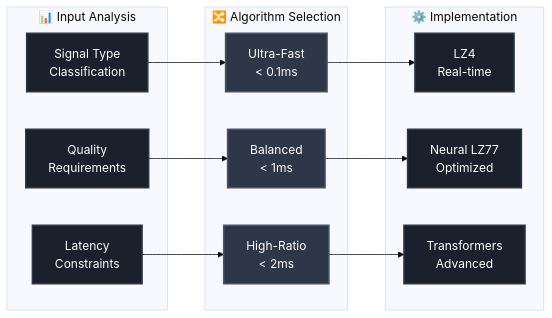
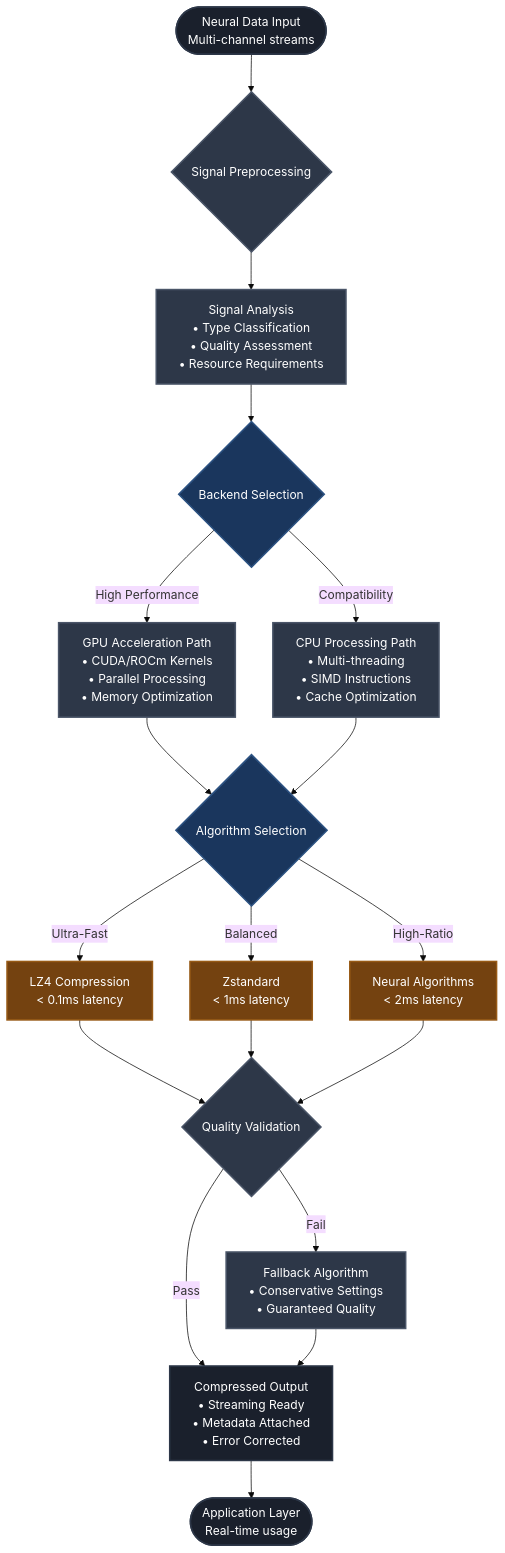
One commit to hkevin01/brain-computer-compression changed the fourth of 12 diagrams in README.md. Above: the diagram before and after it, drawn with Mermaid (base theme). The commit also changed other lines of this file and 73 other files, not shown here.

````diff
--- a/README.md
+++ b/README.md
@@ -108,40 +204,39 @@
 ```mermaid
-graph LR
-    subgraph "📊 Input Analysis"
-        style I1 fill:#1a202c,stroke:#2d3748,stroke-width:2px,color:#ffffff
-        style I2 fill:#1a202c,stroke:#2d3748,stroke-width:2px,color:#ffffff
-        style I3 fill:#1a202c,stroke:#2d3748,stroke-width:2px,color:#ffffff
+flowchart TD
+    START([Neural Data Input<br/>Multi-channel streams]) --> PREPROCESS{Signal Preprocessing}
+    
+    PREPROCESS --> ANALYZE[Signal Analysis<br/>• Type Classification<br/>• Quality Assessment<br/>• Resource Requirements]
+    
+    ANALYZE --> BACKEND{Backend Selection}
+    
+    BACKEND -->|High Performance| GPU_PATH[GPU Acceleration Path<br/>• CUDA/ROCm Kernels<br/>• Parallel Processing<br/>• Memory Optimization]
+    
+    BACKEND -->|Compatibility| CPU_PATH[CPU Processing Path<br/>• Multi-threading<br/>• SIMD Instructions<br/>• Cache Optimization]
+    
+    GPU_PATH --> ALGORITHM{Algorithm Selection}
+    CPU_PATH --> ALGORITHM
+    
+    ALGORITHM -->|Ultra-Fast| LZ4[LZ4 Compression<br/>< 0.1ms latency]
+    ALGORITHM -->|Balanced| ZSTD[Zstandard<br/>< 1ms latency]
+    ALGORITHM -->|High-Ratio| NEURAL[Neural Algorithms<br/>< 2ms latency]
+    
+    LZ4 --> VALIDATE{Quality Validation}
+    ZSTD --> VALIDATE
+    NEURAL --> VALIDATE
+    
+    VALIDATE -->|Pass| OUTPUT[Compressed Output<br/>• Streaming Ready<br/>• Metadata Attached<br/>• Error Corrected]
+    VALIDATE -->|Fail| FALLBACK[Fallback Algorithm<br/>• Conservative Settings<br/>• Guaranteed Quality]
+    
+    FALLBACK --> OUTPUT
+    OUTPUT --> END([Application Layer<br/>Real-time usage])
 
-        I1[Signal Type<br/>Classification]
-        I2[Quality<br/>Requirements]
-        I3[Latency<br/>Constraints]
-    end
-
-    subgraph "🔀 Algorithm Selection"
-        style S1 fill:#2d3748,stroke:#4a5568,stroke-width:2px,color:#ffffff
-        style S2 fill:#2d3748,stroke:#4a5568,stroke-width:2px,color:#ffffff
-        style S3 fill:#2d3748,stroke:#4a5568,stroke-width:2px,color:#ffffff
-
-        S1[Ultra-Fast<br/>< 0.1ms]
-        S2[Balanced<br/>< 1ms]
-        S3[High-Ratio<br/>< 2ms]
-    end
-
-    subgraph "⚙️ Implementation"
-        style T1 fill:#1a202c,stroke:#2d3748,stroke-width:2px,color:#ffffff
-        style T2 fill:#1a202c,stroke:#2d3748,stroke-width:2px,color:#ffffff
-        style T3 fill:#1a202c,stroke:#2d3748,stroke-width:2px,color:#ffffff
-
-        T1[LZ4<br/>Real-time]
-        T2[Neural LZ77<br/>Optimized]
-        T3[Transformers<br/>Advanced]
-    end
-
-    I1 --> S1
-    I2 --> S2
-    I3 --> S3
-
-    S1 --> T1
-    S2 --> T2
-    S3 --> T3
+    classDef process fill:#2d3748,stroke:#4a5568,stroke-width:2px,color:#ffffff
+    classDef decision fill:#1a365d,stroke:#2c5282,stroke-width:2px,color:#ffffff
+    classDef algorithm fill:#744210,stroke:#975a16,stroke-width:2px,color:#ffffff
+    classDef endpoint fill:#1a202c,stroke:#2d3748,stroke-width:2px,color:#ffffff
+    
+    class PREPROCESS,ANALYZE,GPU_PATH,CPU_PATH,VALIDATE,FALLBACK process
+    class BACKEND,ALGORITHM decision
+    class LZ4,ZSTD,NEURAL algorithm
+    class START,OUTPUT,END endpoint
 ```
````
